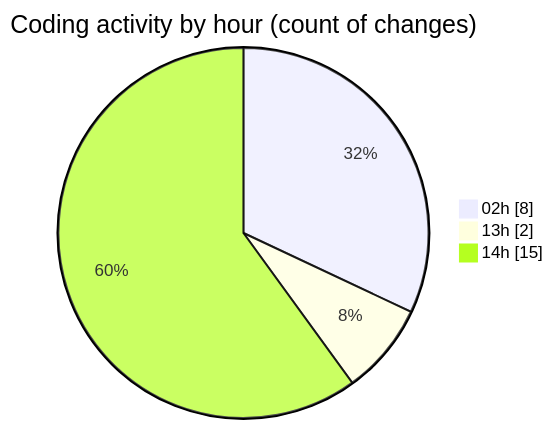
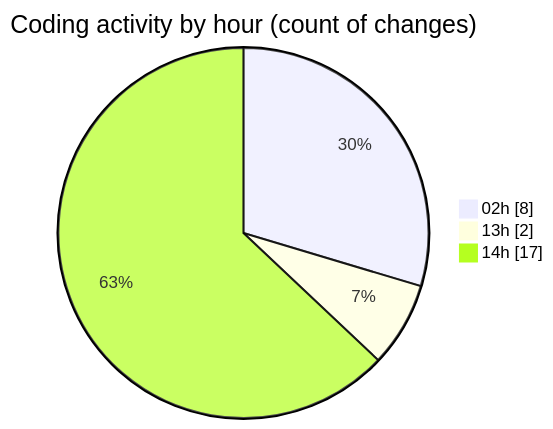
The second of 2 diagrams in 2025-02-16/trackers_app/README.md (donsfak/code-tracking), drawn with Mermaid before and after one commit. The commit also changed other lines of this file and 1 other file, not shown here.

````diff
--- a/2025-02-16/trackers_app/README.md
+++ b/2025-02-16/trackers_app/README.md
@@ -33,7 +33,7 @@
 ```mermaid
 pie showData
 title Coding activity by hour (count of changes)
 "02h" : 8
 "13h" : 2
-"14h" : 15
+"14h" : 17
 ```
````
